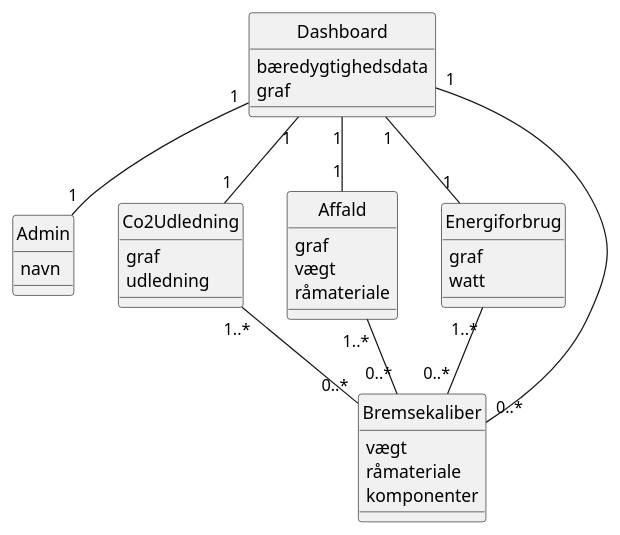
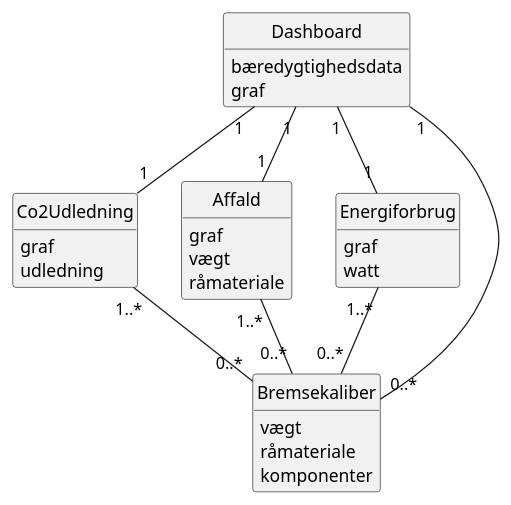
The diagram in Budweg/Artefacts/BudwegDomainModel.plantuml (FilipMeldal/Team1A), drawn with PlantUML before and after one commit. The commit also changed 1 other file, not shown here.

```diff
--- a/Budweg/Artefacts/BudwegDomainModel.plantuml
+++ b/Budweg/Artefacts/BudwegDomainModel.plantuml
@@ -1,56 +1,46 @@
 @startuml
 hide circle
+hide empty members
 
-
-
-Dashboard "1" -- "1" Admin
 Dashboard "1" -- "1" Co2Udledning
 Dashboard "1" -- "1" Affald
 Dashboard "1" -- "1" Energiforbrug
 Dashboard "1" -- "0..*" Bremsekaliber
 Co2Udledning "1..*" -- "0..*" Bremsekaliber
 Affald "1..*" -- "0..*" Bremsekaliber
 Energiforbrug "1..*" -- "0..*" Bremsekaliber
 
-
 Class Bremsekaliber
 {
     vægt
     råmateriale
     komponenter
 }
-
-Class Admin
-{
-    navn
-}
-
 
 Class Dashboard
 {
     bæredygtighedsdata
     graf
 }
 
 Class Co2Udledning 
 {
     graf
     udledning
 }
 
 Class Affald
 {
     graf
     vægt
     råmateriale
 }
 
 Class Energiforbrug
 {
     graf
     watt
 }
 
 
-
 @enduml
```
